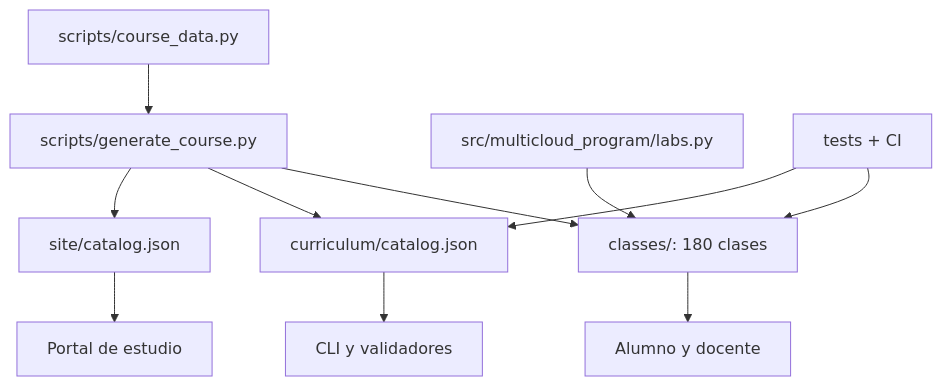
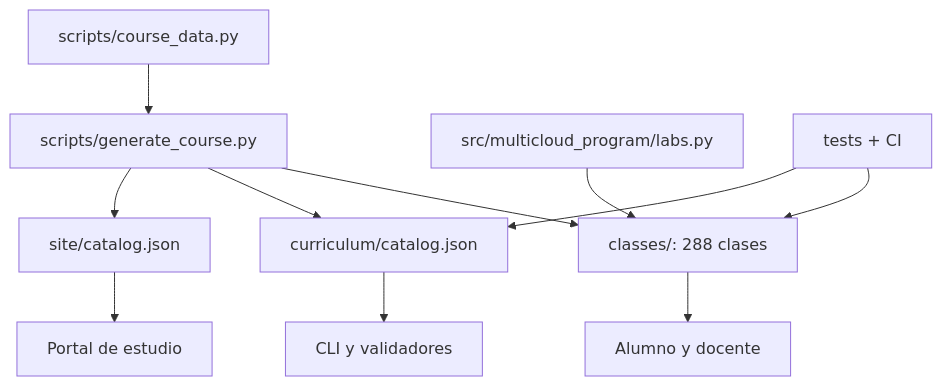
The diagram in docs/ARCHITECTURE.md (vladimiracunadev-create/multi-cloud-engineering-program), drawn with Mermaid before and after one commit. The commit also changed other lines of this file and 2034 other files, not shown here.

````diff
--- a/docs/ARCHITECTURE.md
+++ b/docs/ARCHITECTURE.md
@@ -9,13 +9,13 @@
 ```mermaid
 flowchart TD
     A["scripts/course_data.py"] --> B["scripts/generate_course.py"]
-    B --> C["classes/: 180 clases"]
+    B --> C["classes/: 288 clases"]
     B --> D["curriculum/catalog.json"]
     B --> E["site/catalog.json"]
     C --> F["Alumno y docente"]
     D --> G["CLI y validadores"]
     E --> H["Portal de estudio"]
     I["src/multicloud_program/labs.py"] --> C
     J["tests + CI"] --> C
     J --> D
 ```
````
